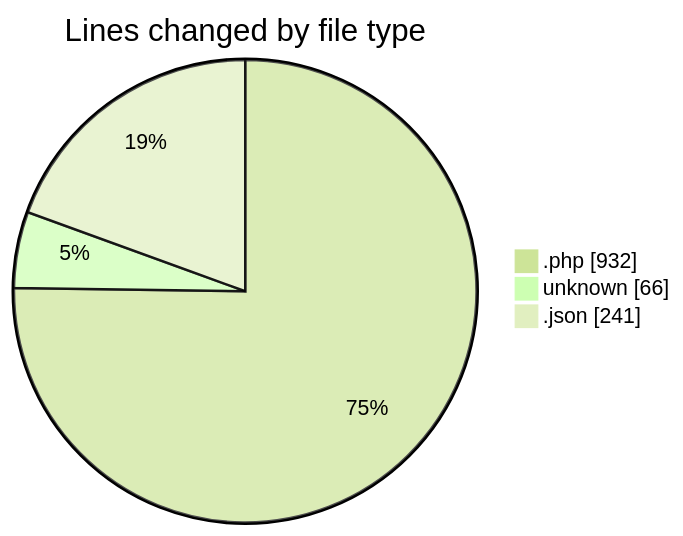
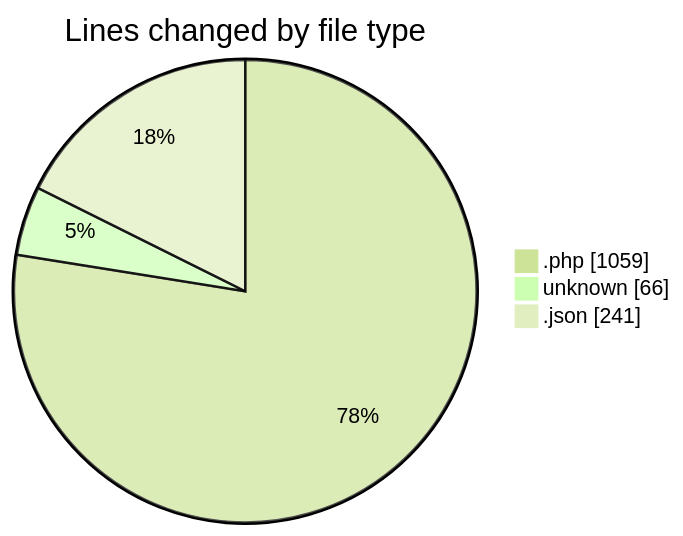
The first of 2 diagrams in 2025-04-10/test/README.md (idhammustaqopulfikri/code-tracking), drawn with Mermaid (forest theme) before and after one commit. The commit also changed other lines of this file and 1 other file, not shown here.

````diff
--- a/2025-04-10/test/README.md
+++ b/2025-04-10/test/README.md
@@ -36,7 +37,7 @@
 ```mermaid
 pie showData
 title Lines changed by file type
-".php" : 932
+".php" : 1059
 "unknown" : 66
 ".json" : 241
 ```
````
